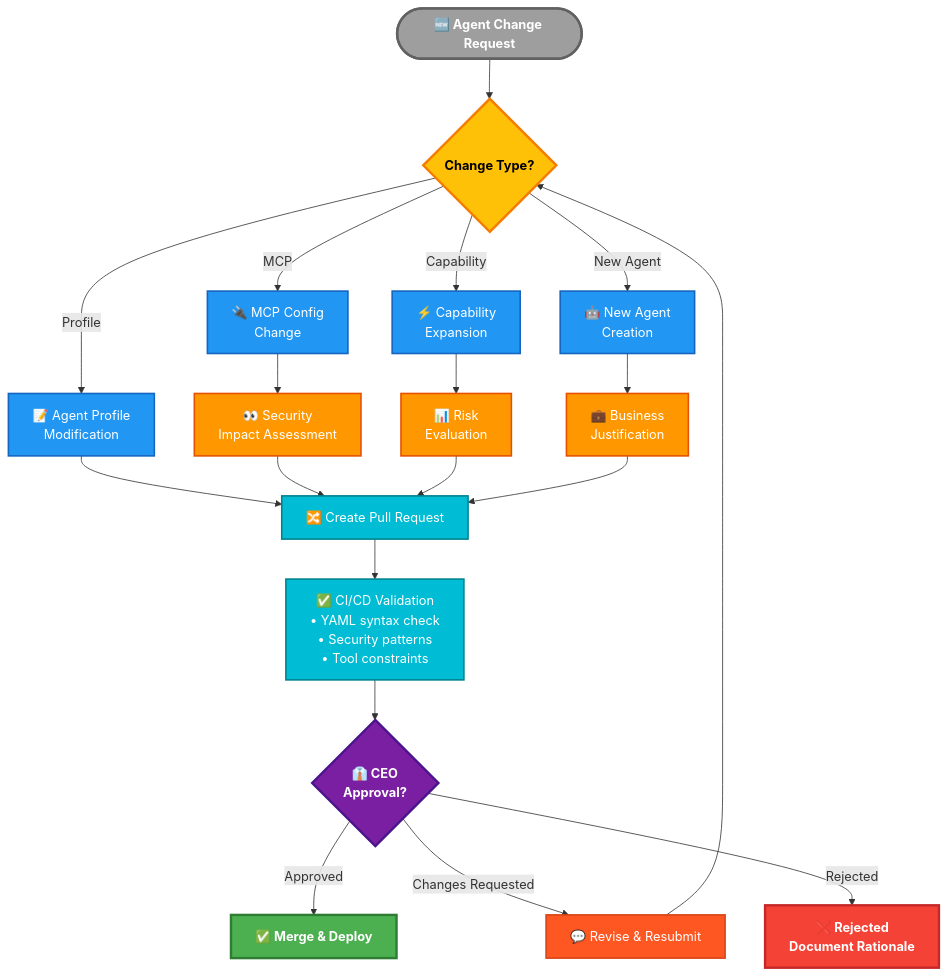
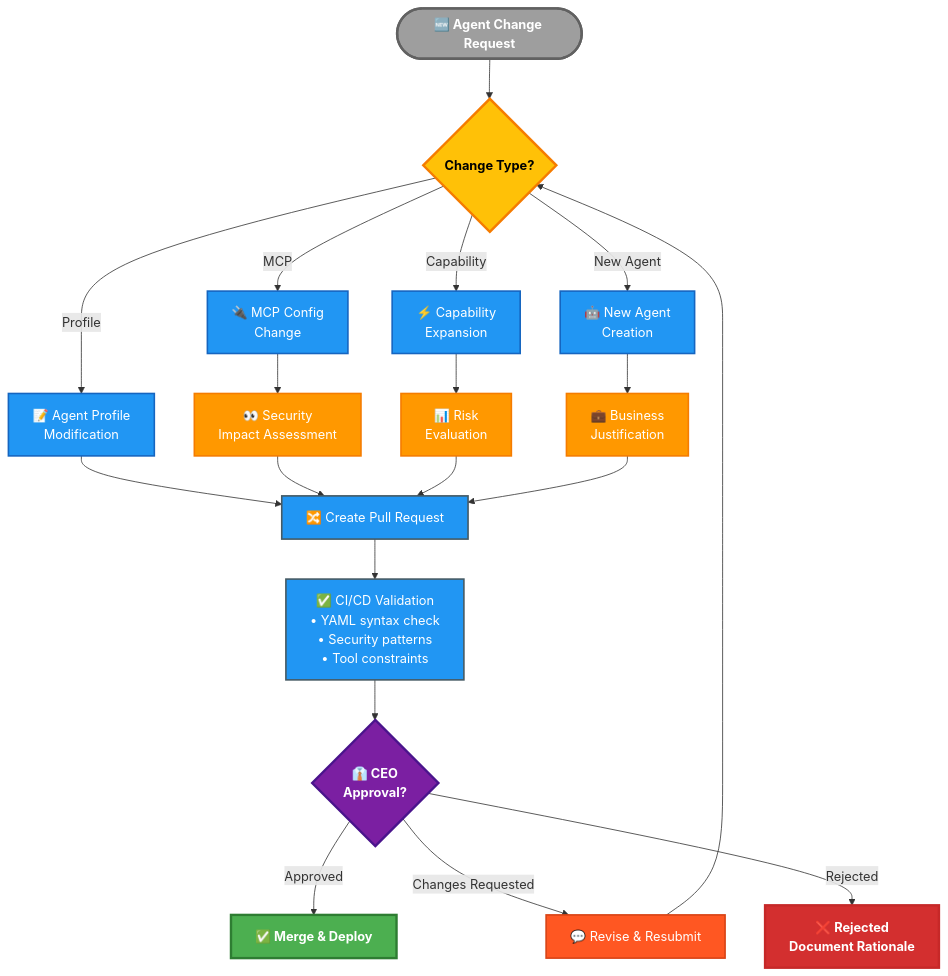
One commit to Hack23/ISMS-PUBLIC changed the sixth of 7 diagrams in AI_Policy.md. Above: the diagram before and after it, drawn with Mermaid. The commit also changed other lines of this file and 18 other files, not shown here.

Commit message:
fix broken mermaid

````diff
--- a/AI_Policy.md
+++ b/AI_Policy.md
@@ -434,60 +434,60 @@
 ```mermaid
 flowchart TD
     Start([🆕 Agent Change Request]):::start
     
     Type{Change Type?}:::decision
     
     Profile[📝 Agent Profile<br/>Modification]:::change
     MCP[🔌 MCP Config<br/>Change]:::change
     Capability[⚡ Capability<br/>Expansion]:::change
     NewAgent[🤖 New Agent<br/>Creation]:::change
     
     Review1[👀 Security<br/>Impact Assessment]:::review
     Review2[📊 Risk<br/>Evaluation]:::review
     Review3[💼 Business<br/>Justification]:::review
     
     PR[🔀 Create Pull Request]:::process
     CI[✅ CI/CD Validation<br/>• YAML syntax check<br/>• Security patterns<br/>• Tool constraints]:::process
     
     CEOReview{👔 CEO<br/>Approval?}:::ceo
     
     Approved[✅ Merge & Deploy]:::success
     Rejected[❌ Rejected<br/>Document Rationale]:::failure
     
     Feedback[💬 Revise & Resubmit]:::feedback
     
     Start --> Type
     
     Type -->|Profile| Profile
     Type -->|MCP| MCP
     Type -->|Capability| Capability
     Type -->|New Agent| NewAgent
     
     Profile --> PR
     MCP --> Review1
     Capability --> Review2
     NewAgent --> Review3
     
     Review1 --> PR
     Review2 --> PR
     Review3 --> PR
     
     PR --> CI
     CI --> CEOReview
     
     CEOReview -->|Approved| Approved
     CEOReview -->|Changes Requested| Feedback
     CEOReview -->|Rejected| Rejected
     
     Feedback --> Type
     
     classDef start fill:#9E9E9E,stroke:#616161,stroke-width:3px,color:#fff,font-weight:bold
     classDef decision fill:#FFC107,stroke:#F57C00,stroke-width:3px,color:#000,font-weight:bold
     classDef change fill:#2196F3,stroke:#1565C0,stroke-width:2px,color:#fff
-    classDef review fill:#FF9800,stroke:#E65100,stroke-width:2px,color:#fff
-    classDef process fill:#00BCD4,stroke:#00838F,stroke-width:2px,color:#fff
+    classDef review fill:#FF9800,stroke:#F57C00,stroke-width:2px,color:#fff
+    classDef process fill:#2196F3,stroke:#455A64,stroke-width:2px,color:#fff
     classDef ceo fill:#7B1FA2,stroke:#4A148C,stroke-width:3px,color:#fff,font-weight:bold
     classDef success fill:#4CAF50,stroke:#2E7D32,stroke-width:3px,color:#fff,font-weight:bold
-    classDef failure fill:#F44336,stroke:#C62828,stroke-width:3px,color:#fff,font-weight:bold
+    classDef failure fill:#D32F2F,stroke:#C62828,stroke-width:3px,color:#fff,font-weight:bold
     classDef feedback fill:#FF5722,stroke:#D84315,stroke-width:2px,color:#fff
 ```
````
